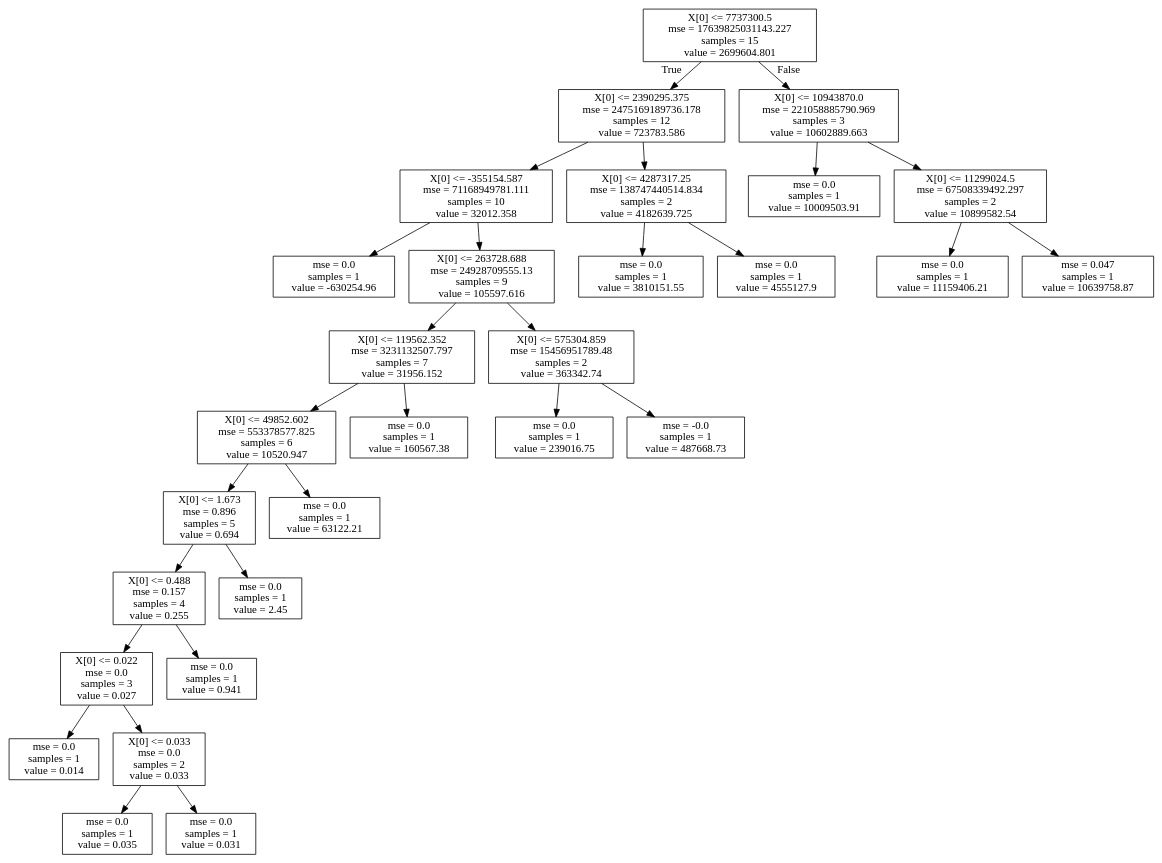
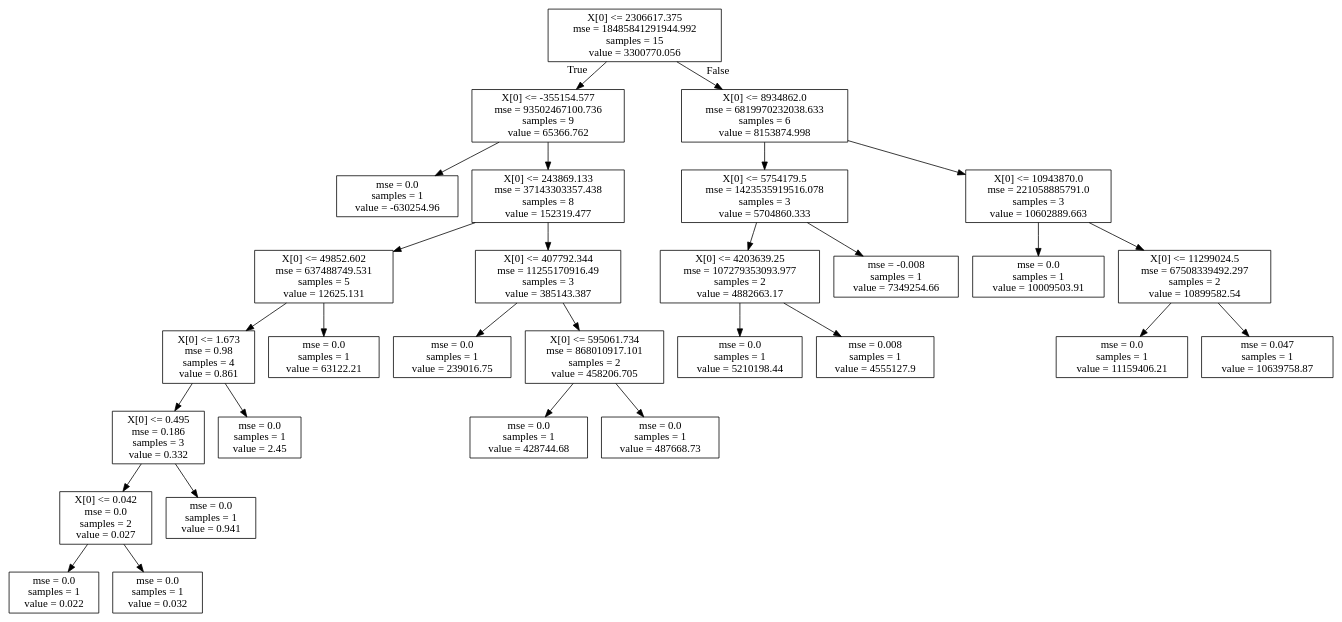
One commit to Dimitrios-Mourtzilas/Business-Strategy changed the diagram in dot_tree.dot. Above: the diagram before and after it, drawn with Graphviz. The commit also changed 30 other files, not shown here.

```diff
--- a/dot_tree.dot
+++ b/dot_tree.dot
@@ -1,60 +1,60 @@
 digraph Tree {
 node [shape=box] ;
-0 [label="X[0] <= 7737300.5\nmse = 17639825031143.227\nsamples = 15\nvalue = 2699604.801"] ;
-1 [label="X[0] <= 2390295.375\nmse = 2475169189736.178\nsamples = 12\nvalue = 723783.586"] ;
+0 [label="X[0] <= 2306617.375\nmse = 18485841291944.992\nsamples = 15\nvalue = 3300770.056"] ;
+1 [label="X[0] <= -355154.577\nmse = 93502467100.736\nsamples = 9\nvalue = 65366.762"] ;
 0 -> 1 [labeldistance=2.5, labelangle=45, headlabel="True"] ;
-2 [label="X[0] <= -355154.587\nmse = 71168949781.111\nsamples = 10\nvalue = 32012.358"] ;
+2 [label="mse = 0.0\nsamples = 1\nvalue = -630254.96"] ;
 1 -> 2 ;
-3 [label="mse = 0.0\nsamples = 1\nvalue = -630254.96"] ;
-2 -> 3 ;
-4 [label="X[0] <= 263728.688\nmse = 24928709555.13\nsamples = 9\nvalue = 105597.616"] ;
-2 -> 4 ;
-5 [label="X[0] <= 119562.352\nmse = 3231132507.797\nsamples = 7\nvalue = 31956.152"] ;
+3 [label="X[0] <= 243869.133\nmse = 37143303357.438\nsamples = 8\nvalue = 152319.477"] ;
+1 -> 3 ;
+4 [label="X[0] <= 49852.602\nmse = 637488749.531\nsamples = 5\nvalue = 12625.131"] ;
+3 -> 4 ;
+5 [label="X[0] <= 1.673\nmse = 0.98\nsamples = 4\nvalue = 0.861"] ;
 4 -> 5 ;
-6 [label="X[0] <= 49852.602\nmse = 553378577.825\nsamples = 6\nvalue = 10520.947"] ;
+6 [label="X[0] <= 0.495\nmse = 0.186\nsamples = 3\nvalue = 0.332"] ;
 5 -> 6 ;
-7 [label="X[0] <= 1.673\nmse = 0.896\nsamples = 5\nvalue = 0.694"] ;
+7 [label="X[0] <= 0.042\nmse = 0.0\nsamples = 2\nvalue = 0.027"] ;
 6 -> 7 ;
-8 [label="X[0] <= 0.488\nmse = 0.157\nsamples = 4\nvalue = 0.255"] ;
+8 [label="mse = 0.0\nsamples = 1\nvalue = 0.022"] ;
 7 -> 8 ;
-9 [label="X[0] <= 0.022\nmse = 0.0\nsamples = 3\nvalue = 0.027"] ;
-8 -> 9 ;
-10 [label="mse = 0.0\nsamples = 1\nvalue = 0.014"] ;
-9 -> 10 ;
-11 [label="X[0] <= 0.033\nmse = 0.0\nsamples = 2\nvalue = 0.033"] ;
-9 -> 11 ;
-12 [label="mse = 0.0\nsamples = 1\nvalue = 0.035"] ;
-11 -> 12 ;
-13 [label="mse = 0.0\nsamples = 1\nvalue = 0.031"] ;
-11 -> 13 ;
-14 [label="mse = 0.0\nsamples = 1\nvalue = 0.941"] ;
-8 -> 14 ;
-15 [label="mse = 0.0\nsamples = 1\nvalue = 2.45"] ;
-7 -> 15 ;
-16 [label="mse = 0.0\nsamples = 1\nvalue = 63122.21"] ;
-6 -> 16 ;
-17 [label="mse = 0.0\nsamples = 1\nvalue = 160567.38"] ;
-5 -> 17 ;
-18 [label="X[0] <= 575304.859\nmse = 15456951789.48\nsamples = 2\nvalue = 363342.74"] ;
-4 -> 18 ;
-19 [label="mse = 0.0\nsamples = 1\nvalue = 239016.75"] ;
+9 [label="mse = 0.0\nsamples = 1\nvalue = 0.032"] ;
+7 -> 9 ;
+10 [label="mse = 0.0\nsamples = 1\nvalue = 0.941"] ;
+6 -> 10 ;
+11 [label="mse = 0.0\nsamples = 1\nvalue = 2.45"] ;
+5 -> 11 ;
+12 [label="mse = 0.0\nsamples = 1\nvalue = 63122.21"] ;
+4 -> 12 ;
+13 [label="X[0] <= 407792.344\nmse = 11255170916.49\nsamples = 3\nvalue = 385143.387"] ;
+3 -> 13 ;
+14 [label="mse = 0.0\nsamples = 1\nvalue = 239016.75"] ;
+13 -> 14 ;
+15 [label="X[0] <= 595061.734\nmse = 868010917.101\nsamples = 2\nvalue = 458206.705"] ;
+13 -> 15 ;
+16 [label="mse = 0.0\nsamples = 1\nvalue = 428744.68"] ;
+15 -> 16 ;
+17 [label="mse = 0.0\nsamples = 1\nvalue = 487668.73"] ;
+15 -> 17 ;
+18 [label="X[0] <= 8934862.0\nmse = 6819970232038.633\nsamples = 6\nvalue = 8153874.998"] ;
+0 -> 18 [labeldistance=2.5, labelangle=-45, headlabel="False"] ;
+19 [label="X[0] <= 5754179.5\nmse = 1423535919516.078\nsamples = 3\nvalue = 5704860.333"] ;
 18 -> 19 ;
-20 [label="mse = -0.0\nsamples = 1\nvalue = 487668.73"] ;
-18 -> 20 ;
-21 [label="X[0] <= 4287317.25\nmse = 138747440514.834\nsamples = 2\nvalue = 4182639.725"] ;
-1 -> 21 ;
-22 [label="mse = 0.0\nsamples = 1\nvalue = 3810151.55"] ;
-21 -> 22 ;
-23 [label="mse = 0.0\nsamples = 1\nvalue = 4555127.9"] ;
-21 -> 23 ;
-24 [label="X[0] <= 10943870.0\nmse = 221058885790.969\nsamples = 3\nvalue = 10602889.663"] ;
-0 -> 24 [labeldistance=2.5, labelangle=-45, headlabel="False"] ;
+20 [label="X[0] <= 4203639.25\nmse = 107279353093.977\nsamples = 2\nvalue = 4882663.17"] ;
+19 -> 20 ;
+21 [label="mse = 0.0\nsamples = 1\nvalue = 5210198.44"] ;
+20 -> 21 ;
+22 [label="mse = 0.008\nsamples = 1\nvalue = 4555127.9"] ;
+20 -> 22 ;
+23 [label="mse = -0.008\nsamples = 1\nvalue = 7349254.66"] ;
+19 -> 23 ;
+24 [label="X[0] <= 10943870.0\nmse = 221058885791.0\nsamples = 3\nvalue = 10602889.663"] ;
+18 -> 24 ;
 25 [label="mse = 0.0\nsamples = 1\nvalue = 10009503.91"] ;
 24 -> 25 ;
 26 [label="X[0] <= 11299024.5\nmse = 67508339492.297\nsamples = 2\nvalue = 10899582.54"] ;
 24 -> 26 ;
 27 [label="mse = 0.0\nsamples = 1\nvalue = 11159406.21"] ;
 26 -> 27 ;
 28 [label="mse = 0.047\nsamples = 1\nvalue = 10639758.87"] ;
 26 -> 28 ;
 }
```
